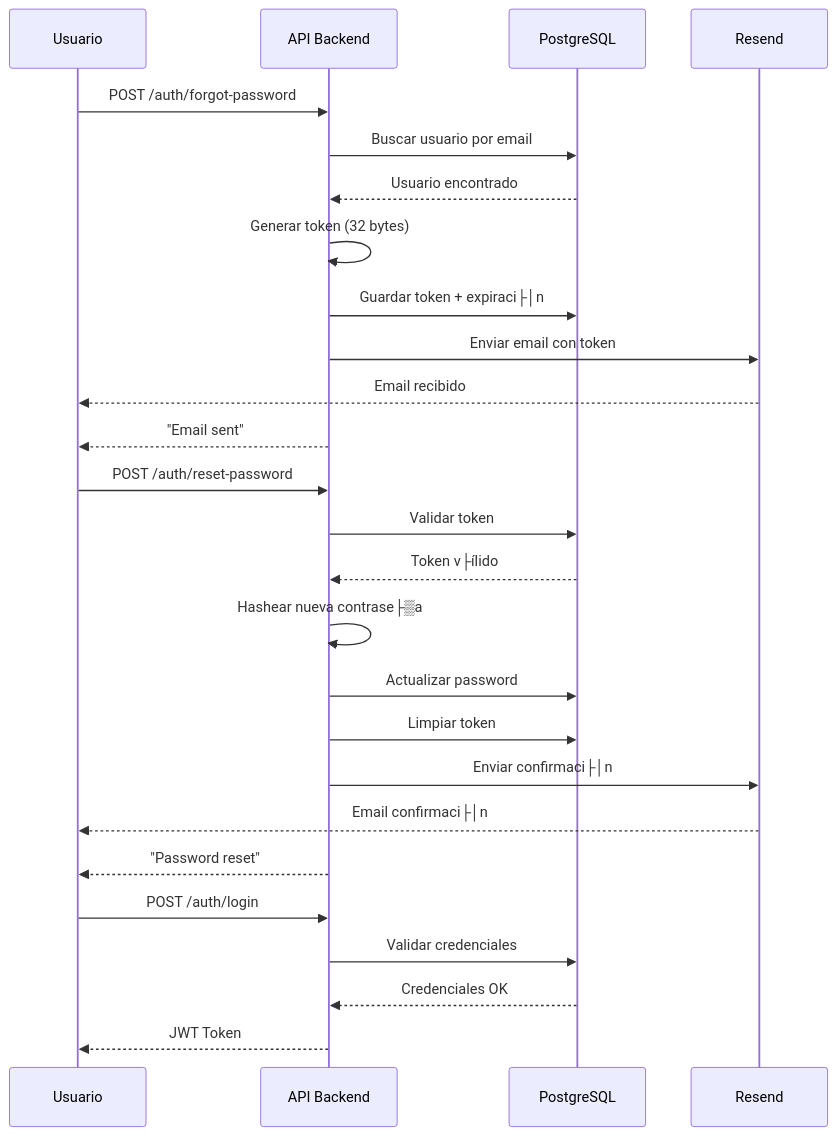
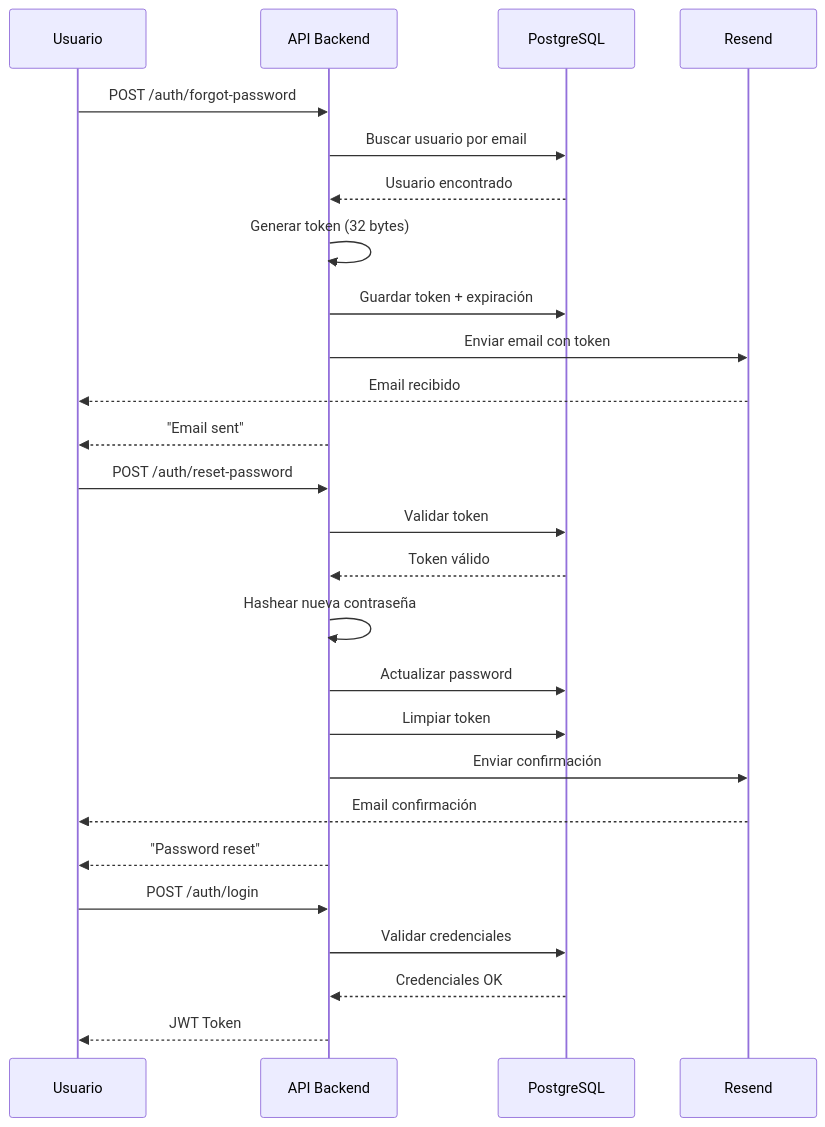
One commit to marceloemmott-dev/emmott-asset-platform-backend changed the fourth of 5 diagrams in README.md. Above: the diagram before and after it, drawn with Mermaid. The commit also changed other lines of this file, not shown here.

Commit message:
docs: final README update with companies module structure and roadmap status

````diff
--- a/README.md
+++ b/README.md
@@ -824,31 +824,31 @@
 ```mermaid
 sequenceDiagram
     participant U as Usuario
     participant API as API Backend
     participant DB as PostgreSQL
     participant R as Resend
 
     U->>API: POST /auth/forgot-password
     API->>DB: Buscar usuario por email
     DB-->>API: Usuario encontrado
     API->>API: Generar token (32 bytes)
-    API->>DB: Guardar token + expiraci├│n
+    API->>DB: Guardar token + expiración
     API->>R: Enviar email con token
     R-->>U: Email recibido
     API-->>U: "Email sent"
 
     U->>API: POST /auth/reset-password
     API->>DB: Validar token
-    DB-->>API: Token v├ílido
-    API->>API: Hashear nueva contrase├▒a
+    DB-->>API: Token válido
+    API->>API: Hashear nueva contraseña
     API->>DB: Actualizar password
     API->>DB: Limpiar token
-    API->>R: Enviar confirmaci├│n
-    R-->>U: Email confirmaci├│n
+    API->>R: Enviar confirmación
+    R-->>U: Email confirmación
     API-->>U: "Password reset"
 
     U->>API: POST /auth/login
     API->>DB: Validar credenciales
     DB-->>API: Credenciales OK
     API-->>U: JWT Token
 ```
````
